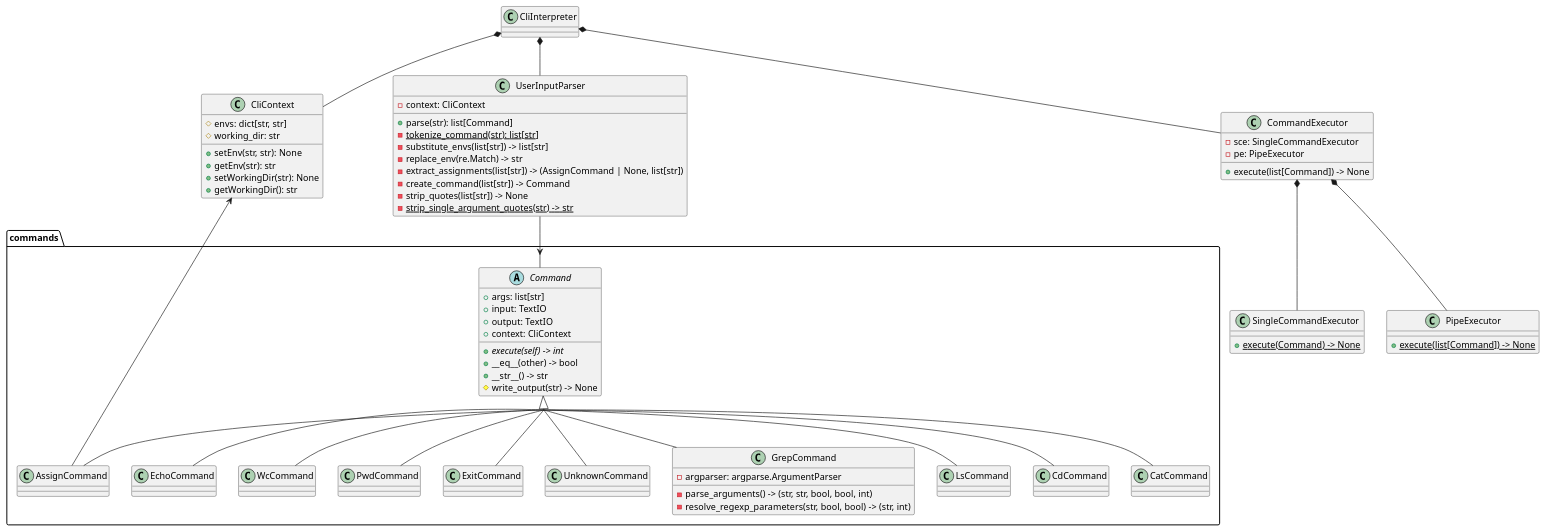
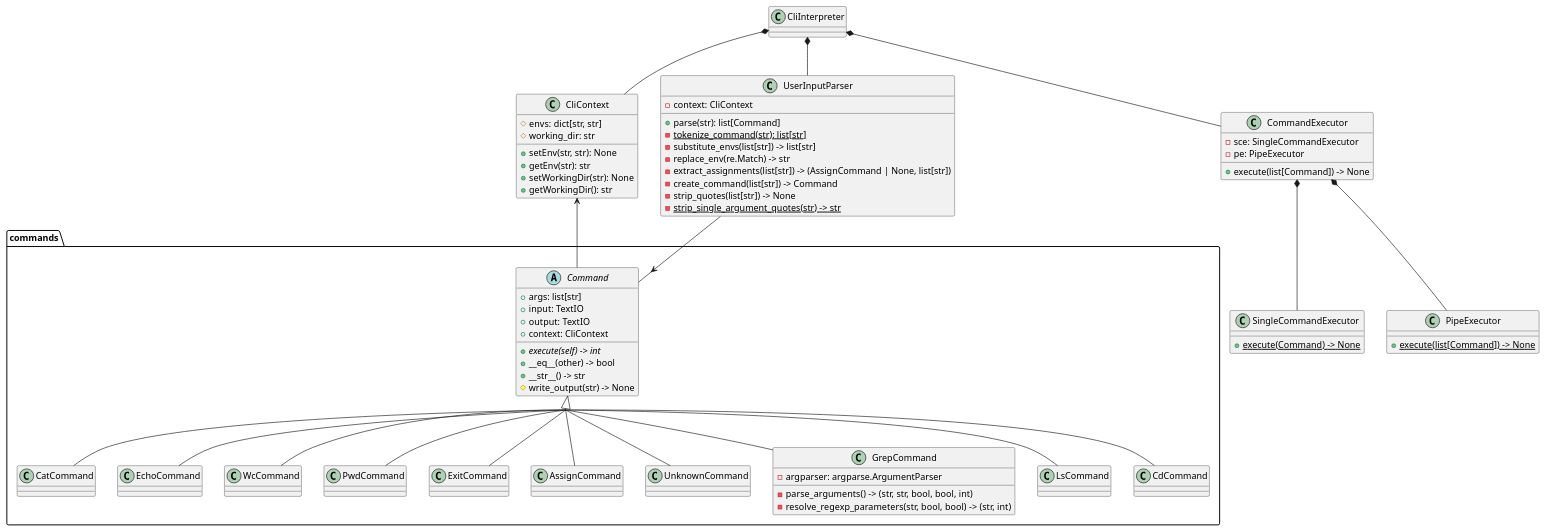
One commit to mozhayka/sd_hw1_cli changed the diagram in docs/class_schema.puml. Above: the diagram before and after it, drawn with PlantUML. The commit also changed 7 other files, not shown here.

```diff
--- a/docs/class_schema.puml
+++ b/docs/class_schema.puml
@@ -1,108 +1,108 @@
 @startuml
 skinparam groupInheritance 4
 
 class CliInterpreter {
 }
 
 class CliContext {
     # envs: dict[str, str]
     # working_dir: str
     + setEnv(str, str): None
     + getEnv(str): str
     + setWorkingDir(str): None
     + getWorkingDir(): str
 }
 
 class UserInputParser {
     - context: CliContext
     + parse(str): list[Command]
     - {static} tokenize_command(str): list[str]
     - substitute_envs(list[str]) -> list[str]
     - replace_env(re.Match) -> str
     - extract_assignments(list[str]) -> (AssignCommand | None, list[str])
     - create_command(list[str]) -> Command
     - strip_quotes(list[str]) -> None
     - {static} strip_single_argument_quotes(str) -> str
 }
 
 class CommandExecutor {
     - sce: SingleCommandExecutor
     - pe: PipeExecutor
     + execute(list[Command]) -> None
 }
 
 class SingleCommandExecutor {
     + {static} execute(Command) -> None
 }
 
 class PipeExecutor {
     + {static} execute(list[Command]) -> None
 }
 
 package commands {
     abstract class Command {
         + args: list[str]
         + input: TextIO
         + output: TextIO
         + context: CliContext
         + {abstract} execute(self) -> int
         + __eq__(other) -> bool
         + __str__() -> str
         # write_output(str) -> None
     }
 
     class CatCommand {
     }
 
     class EchoCommand {
     }
 
     class WcCommand {
     }
 
     class PwdCommand {
     }
 
     class ExitCommand {
     }
 
     class AssignCommand {
     }
 
     class UnknownCommand {
     }
 
     class GrepCommand {
         - argparser: argparse.ArgumentParser
         - parse_arguments() -> (str, str, bool, bool, int)
         - resolve_regexp_parameters(str, bool, bool) -> (str, int)
     }
 
     class LsCommand {
     }
 
     class CdCommand {
     }
 }
 
 CliInterpreter *-- UserInputParser
 CliInterpreter *-- CommandExecutor
 CliInterpreter *-- CliContext
 
 UserInputParser --> Command
 CommandExecutor *-- SingleCommandExecutor
 CommandExecutor *-- PipeExecutor
 
 Command <|-- CatCommand
 Command <|-- EchoCommand
 Command <|-- WcCommand
 Command <|-- PwdCommand
 Command <|-- ExitCommand
 Command <|-- AssignCommand
-CliContext <-- AssignCommand
+CliContext <-- Command
 Command <|-- UnknownCommand
 Command <|-- GrepCommand
 Command <|-- LsCommand
 Command <|-- CdCommand
 
 @enduml
```
